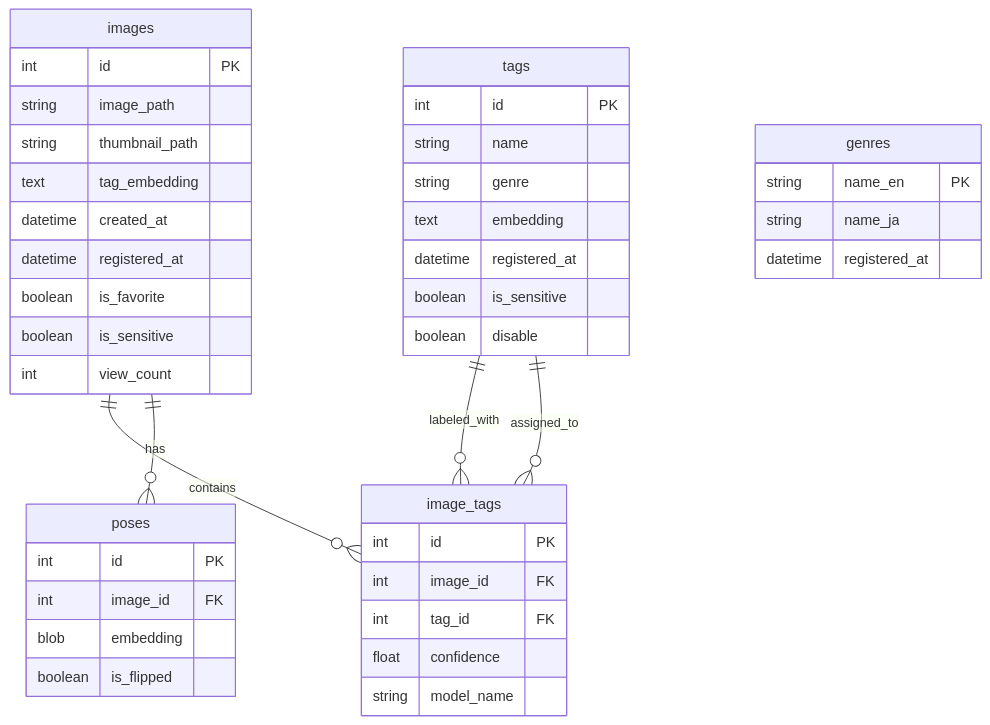
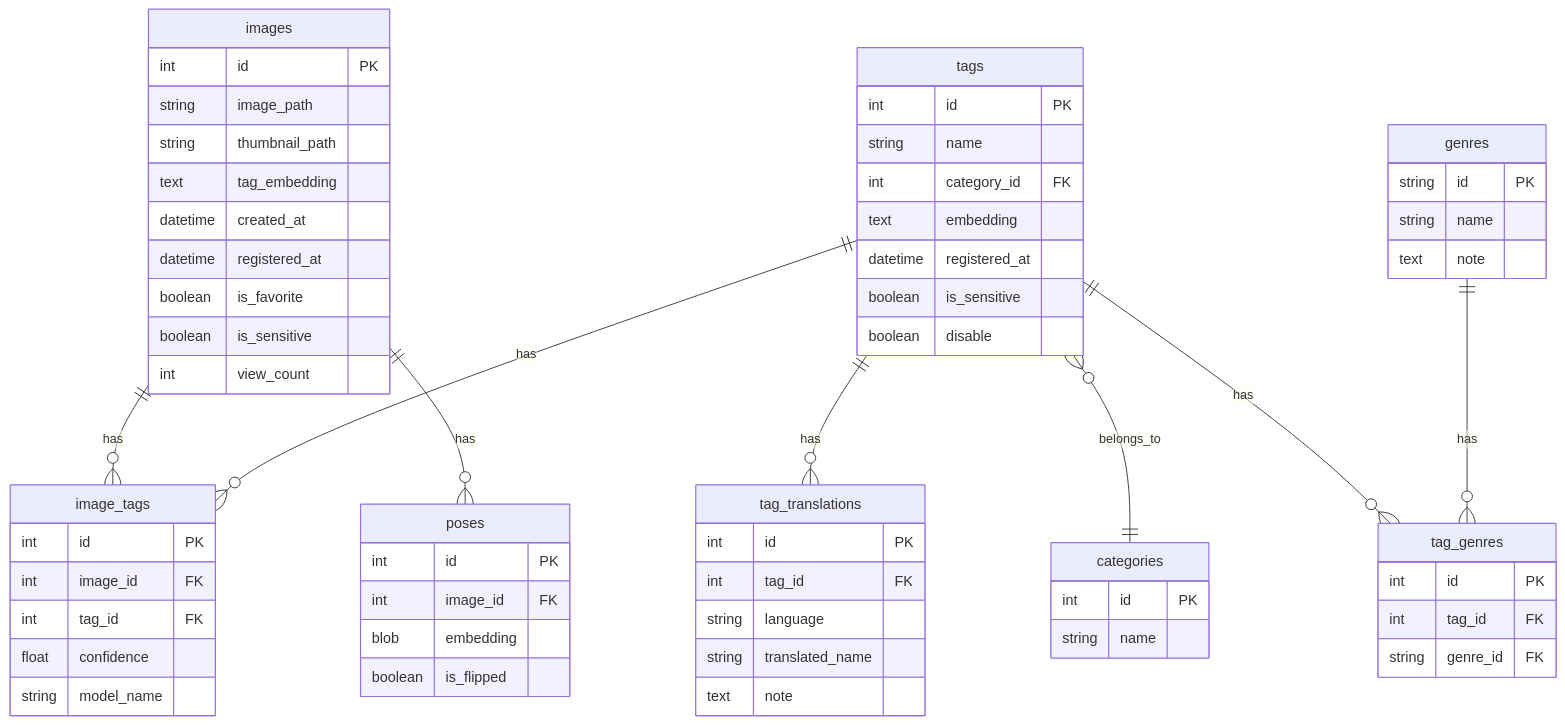
One commit to nagomiita/tag_palette changed the diagram in app/README.md. Above: the diagram before and after it, drawn with Mermaid.

Commit message:
ER図更新

````diff
--- a/app/README.md
+++ b/app/README.md
@@ -17,51 +17,74 @@
 ```mermaid
 erDiagram
-    images ||--o{ image_tags : contains
-    tags ||--o{ image_tags : labeled_with
+    images ||--o{ image_tags : has
     images ||--o{ poses : has
-    tags ||--o{ image_tags : assigned_to
+    tags ||--o{ image_tags : has
+    tags ||--o{ tag_translations : has
+    tags }o--|| categories : belongs_to
+    tags ||--o{ tag_genres : has
+    genres ||--o{ tag_genres : has
 
     images {
         int id PK
         string image_path
         string thumbnail_path
         text tag_embedding
         datetime created_at
         datetime registered_at
         boolean is_favorite
         boolean is_sensitive
         int view_count
-    }
-
-    tags {
-        int id PK
-        string name
-        string genre
-        text embedding
-        datetime registered_at
-        boolean is_sensitive
-        boolean disable
     }
 
     image_tags {
         int id PK
         int image_id FK
         int tag_id FK
         float confidence
         string model_name
     }
 
     poses {
         int id PK
         int image_id FK
         blob embedding
         boolean is_flipped
     }
 
-    genres {
-        string name_en PK
-        string name_ja
+    tags {
+        int id PK
+        string name
+        int category_id FK
+        text embedding
         datetime registered_at
+        boolean is_sensitive
+        boolean disable
     }
 
+    tag_translations {
+        int id PK
+        int tag_id FK
+        string language
+        string translated_name
+        text note
+    }
+
+    categories {
+        int id PK
+        string name
+    }
+
+    genres {
+        string id PK
+        string name
+        text note
+    }
+
+    tag_genres {
+        int id PK
+        int tag_id FK
+        string genre_id FK
+    }
+
+
 ```
````
